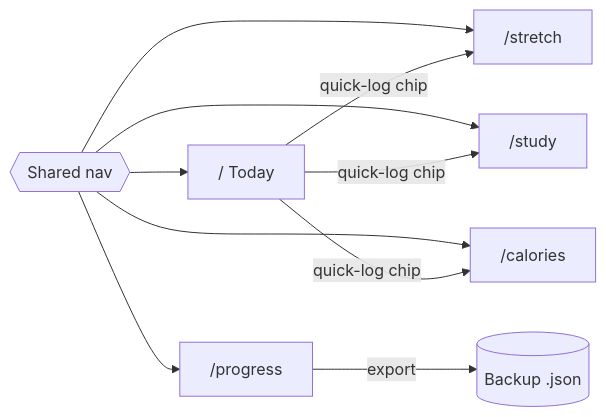
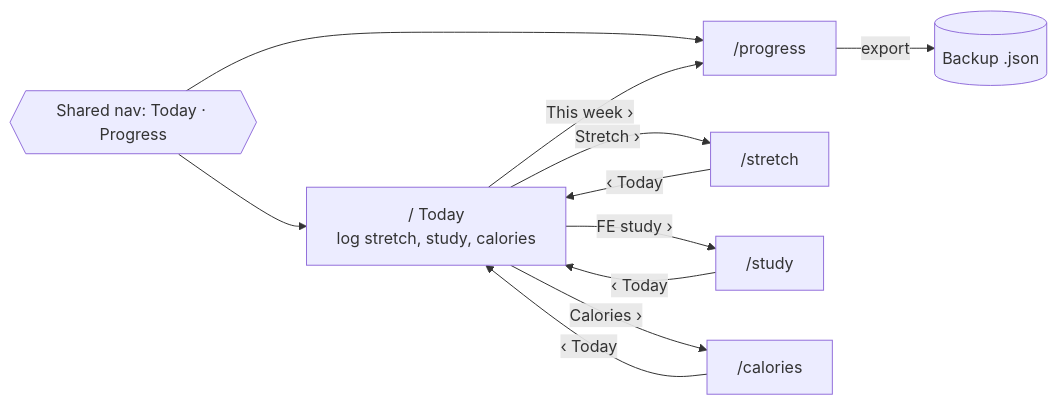
Before and after one commit to phamkd17/DBS-Assignment3: the first of 4 diagrams in flows.md, drawn with Mermaid. The commit also changed other lines of this file and 9 other files, not shown here.

First line of the commit message:
Nav: only Today and Progress tabs; detail pages open from Today's card headings

````diff
--- a/flows.md
+++ b/flows.md
@@ -11,13 +11,14 @@
 ```mermaid
 flowchart LR
-  Nav{{Shared nav}}
-  Nav --> Today["/ Today"]
-  Nav --> Stretch["/stretch"]
-  Nav --> Study["/study"]
-  Nav --> Calories["/calories"]
+  Nav{{"Shared nav: Today · Progress"}}
+  Nav --> Today["/ Today<br/>log stretch, study, calories"]
   Nav --> Progress["/progress"]
-  Today -- quick-log chip --> Stretch
-  Today -- quick-log chip --> Study
-  Today -- quick-log chip --> Calories
+  Today -- "Stretch ›" --> Stretch["/stretch"]
+  Today -- "FE study ›" --> Study["/study"]
+  Today -- "Calories ›" --> Calories["/calories"]
+  Today -- "This week ›" --> Progress
+  Stretch -- "‹ Today" --> Today
+  Study -- "‹ Today" --> Today
+  Calories -- "‹ Today" --> Today
   Progress -- export --> JSON[(Backup .json)]
 ```
````
